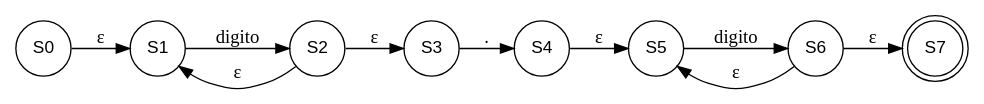
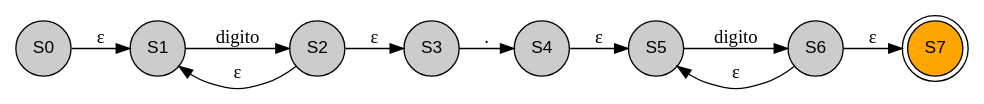
The diagram in src/AFND_201902502/decimales.dot (Desconocido502/OLC1-proyecto1-201902502), drawn with Graphviz before and after one commit. The commit also changed 77 other files, not shown here.

```diff
--- a/src/AFND_201902502/decimales.dot
+++ b/src/AFND_201902502/decimales.dot
@@ -1,17 +1,17 @@
  digraph G {
-    node [shape=circle fontsize=13 fontname = "helvetica"];
+    node [shape=circle fontsize=13 fontname = "helvetica" style=filled fillcolor="#CCCCCC"];
     nodesep=0.4;
     ranksep=0.5;
     rankdir=LR;
 
 S0 -> S1 [label="ε"];
 S2 -> S3 [label="ε"];
 S2 -> S1 [label="ε"];
 S1 -> S2 [label="digito"];
 S3 -> S4 [label="."];
 S4 -> S5 [label="ε"];
 S6 -> S7 [label="ε"];
 S6 -> S5 [label="ε"];
 S5 -> S6 [label="digito"];
-S7 [shape=doublecircle];
+S7[shape = doublecircle, style = filled, fillcolor = "#FFA500"];
 }
```
